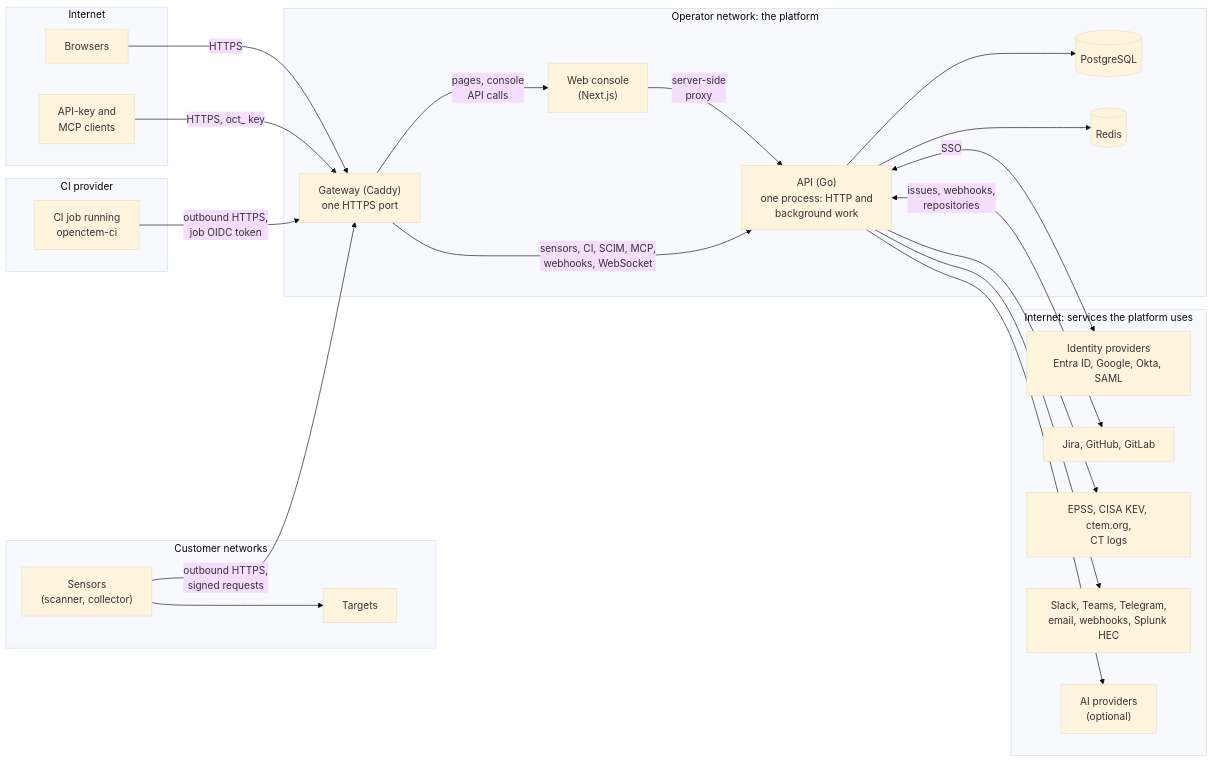
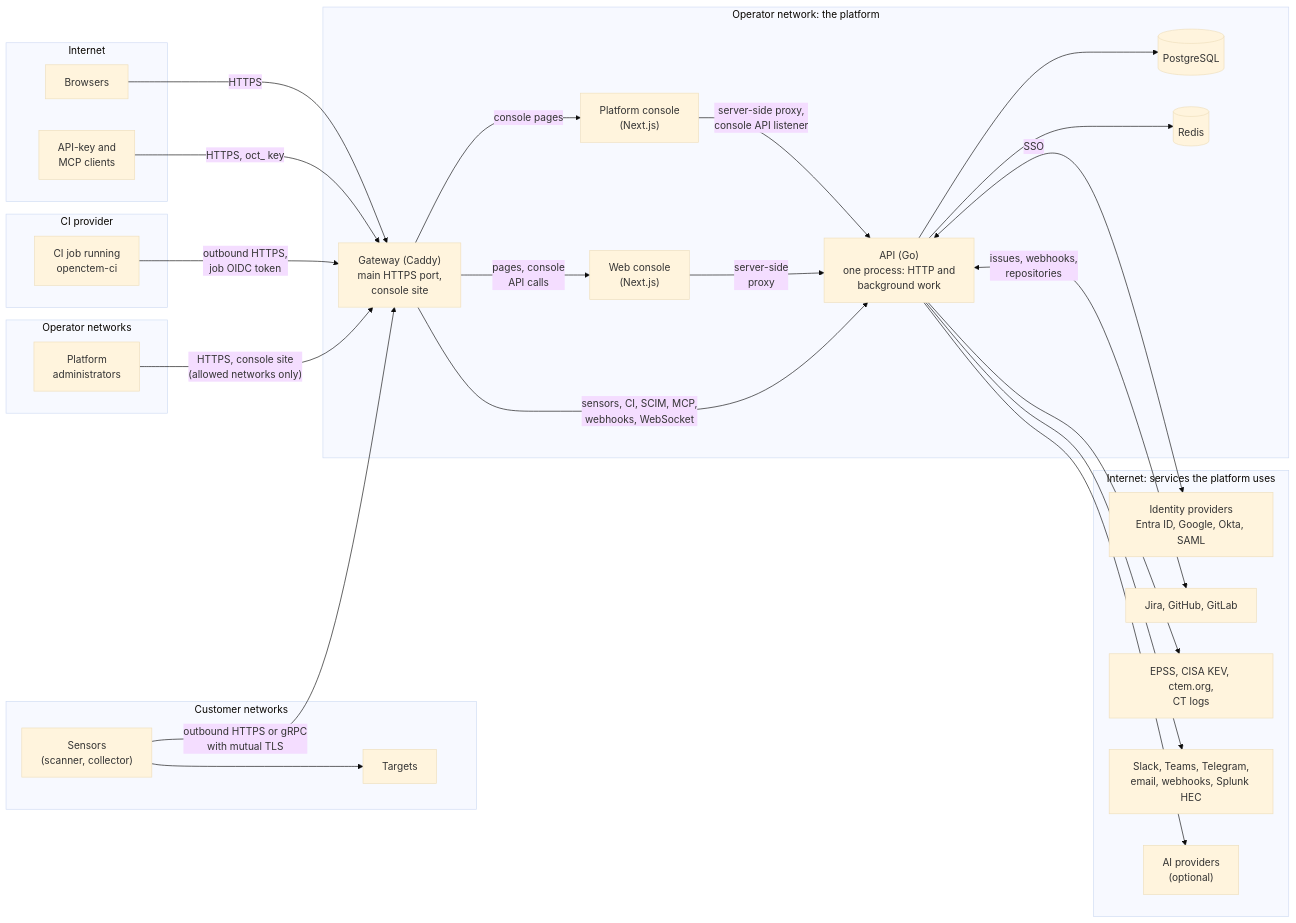
One commit to openctemio/docs changed the first of 4 diagrams in overview/architecture.md. Above: the diagram before and after it, drawn with Mermaid (base theme). The commit also changed other lines of this file and 84 other files, not shown here.

````diff
--- a/overview/architecture.md
+++ b/overview/architecture.md
@@ -23,44 +23,51 @@
 ```mermaid
 flowchart LR
     subgraph inet["Internet"]
         BR["Browsers"]
         CLI["API-key and<br/>MCP clients"]
+    end
+    subgraph adm["Operator networks"]
+        PADM["Platform<br/>administrators"]
     end
     subgraph cip["CI provider"]
         CIJ["CI job running<br/>openctem-ci"]
     end
     subgraph cust["Customer networks"]
         SEN["Sensors<br/>(scanner, collector)"]
         TGT["Targets"]
     end
     subgraph opnet["Operator network: the platform"]
-        GW["Gateway (Caddy)<br/>one HTTPS port"]
+        GW["Gateway (Caddy)<br/>main HTTPS port,<br/>console site"]
         WEB["Web console<br/>(Next.js)"]
+        PCON["Platform console<br/>(Next.js)"]
         API["API (Go)<br/>one process: HTTP and<br/>background work"]
         PG[("PostgreSQL")]
         RD[("Redis")]
     end
     subgraph ext["Internet: services the platform uses"]
         IDP["Identity providers<br/>Entra ID, Google, Okta, SAML"]
         TIX["Jira, GitHub, GitLab"]
         FEEDS["EPSS, CISA KEV, ctem.org,<br/>CT logs"]
         NOTIF["Slack, Teams, Telegram,<br/>email, webhooks, Splunk HEC"]
         AI["AI providers<br/>(optional)"]
     end
 
     BR -->|HTTPS| GW
     CLI -->|"HTTPS, oct_ key"| GW
     CIJ -->|"outbound HTTPS,<br/>job OIDC token"| GW
-    SEN -->|"outbound HTTPS,<br/>signed requests"| GW
+    SEN -->|"outbound HTTPS or gRPC<br/>with mutual TLS"| GW
+    PADM -->|"HTTPS, console site<br/>(allowed networks only)"| GW
+    GW -->|"console pages"| PCON
+    PCON -->|"server-side proxy,<br/>console API listener"| API
     SEN --> TGT
     GW -->|"pages, console<br/>API calls"| WEB
     WEB -->|"server-side<br/>proxy"| API
     GW -->|"sensors, CI, SCIM, MCP,<br/>webhooks, WebSocket"| API
     API --> PG
     API --> RD
     API <-->|"SSO"| IDP
     API <-->|"issues, webhooks,<br/>repositories"| TIX
     API --> FEEDS
     API --> NOTIF
     API --> AI
 ```
````
